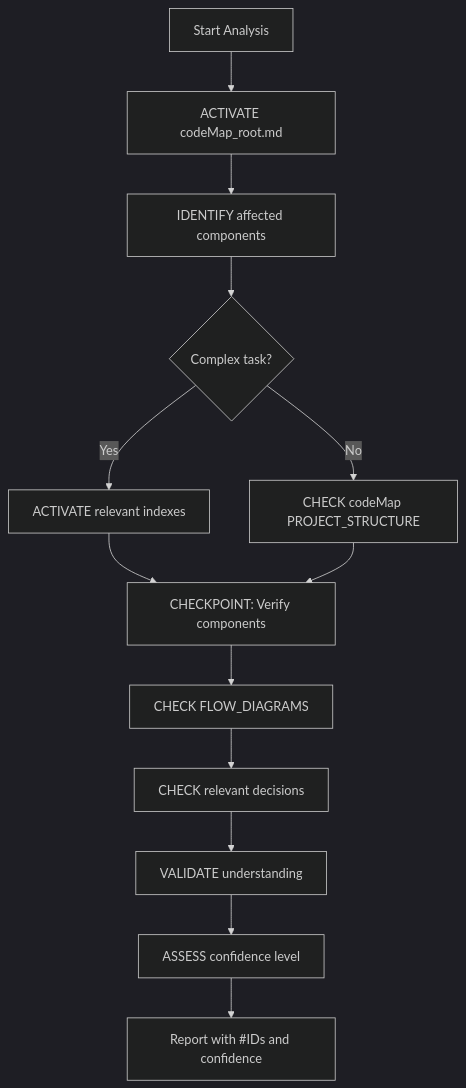
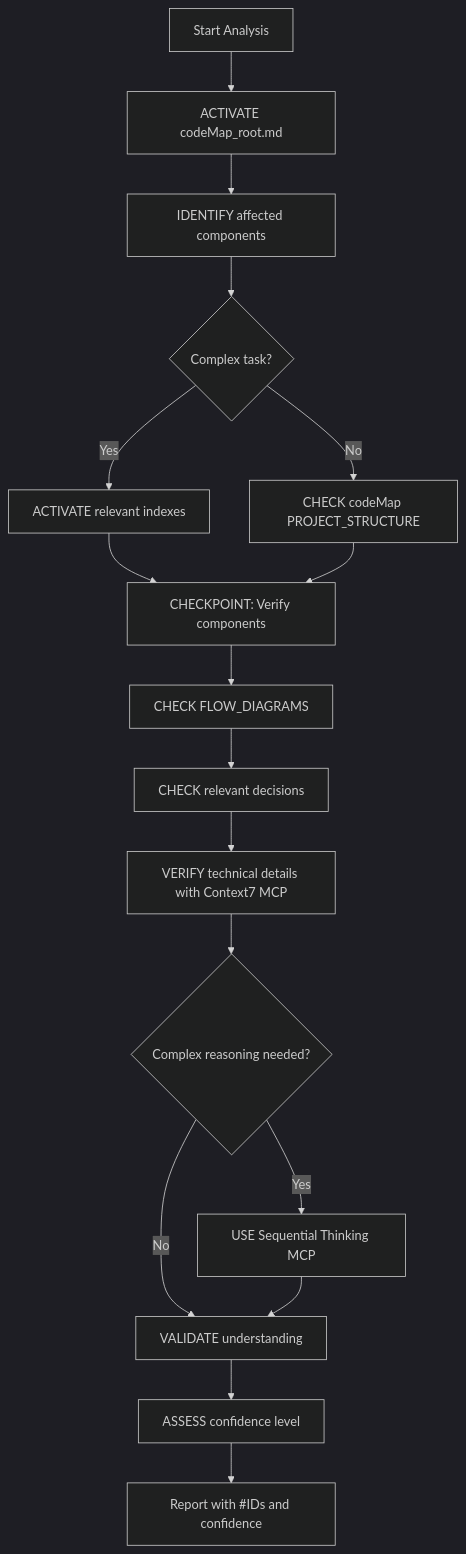
One commit to tejastechq/timezonepulse changed the second of 7 diagrams in .cursor/rules/custom-instructions.mdc. Above: the diagram before and after it, drawn with Mermaid (dark theme). The commit also changed other lines of this file and 3 other files, not shown here.

````diff
--- a/.cursor/rules/custom-instructions.mdc
+++ b/.cursor/rules/custom-instructions.mdc
@@ -617,15 +683,19 @@
 ```mermaid
 flowchart TD
     Start[Start Analysis] --> Activate[ACTIVATE codeMap_root.md]
     Activate --> Identify[IDENTIFY affected components]
     Identify --> Boundary{Complex task?}
     Boundary -->|Yes| LoadIndex[ACTIVATE relevant indexes]
     Boundary -->|No| DirectCheck[CHECK codeMap PROJECT_STRUCTURE]
     LoadIndex --> Checkpoint1[CHECKPOINT: Verify components]
     DirectCheck --> Checkpoint1
     Checkpoint1 --> FlowCheck[CHECK FLOW_DIAGRAMS]
     FlowCheck --> DecisionCheck[CHECK relevant decisions]
-    DecisionCheck --> Validate[VALIDATE understanding]
+    DecisionCheck --> TechVerify[VERIFY technical details with Context7 MCP]
+    TechVerify --> ComplexReason{Complex reasoning needed?}
+    ComplexReason -->|Yes| SeqThink[USE Sequential Thinking MCP]
+    ComplexReason -->|No| Validate[VALIDATE understanding]
+    SeqThink --> Validate
     Validate --> ConfidenceAssess[ASSESS confidence level]
     ConfidenceAssess --> Report[Report with #IDs and confidence]
 ```
````
